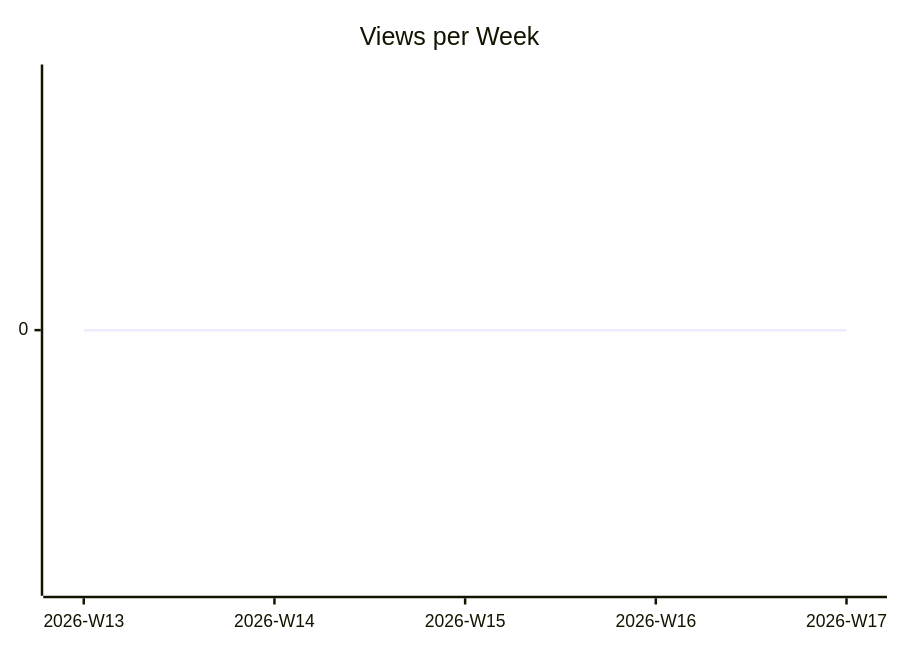
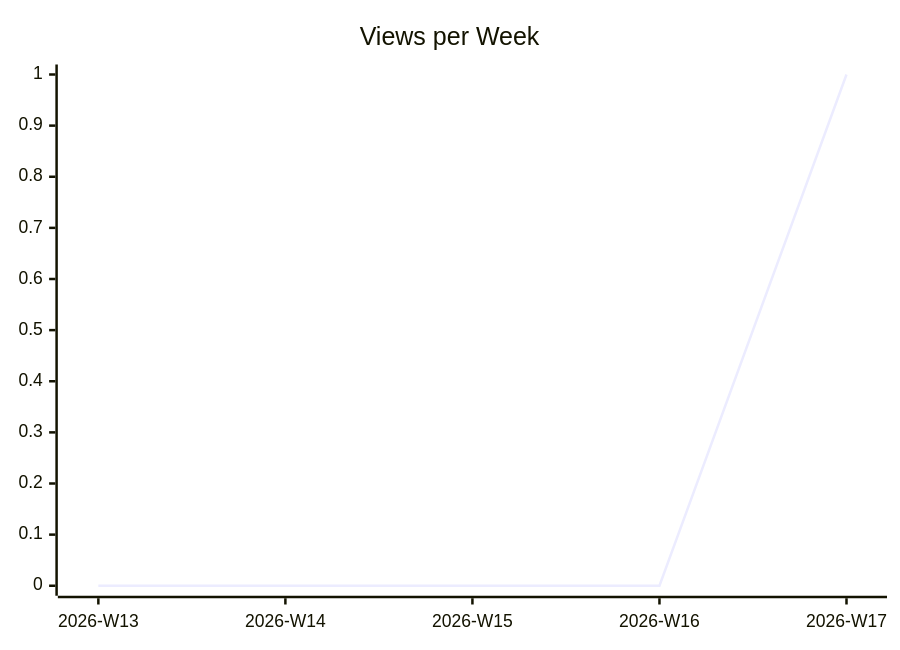
The second of 3 diagrams in karlmdavis/ansible-role-rcm-dotfiles/README.md (justdavis-family/github-analytics-data), drawn with Mermaid before and after one commit. The commit also changed other lines of this file and 198 other files, not shown here.

````diff
--- a/karlmdavis/ansible-role-rcm-dotfiles/README.md
+++ b/karlmdavis/ansible-role-rcm-dotfiles/README.md
@@ -12,6 +12,6 @@
 ```mermaid
 xychart-beta
   title "Views per Week"
   x-axis ["2026-W13", "2026-W14", "2026-W15", "2026-W16", "2026-W17"]
-  line [0, 0, 0, 0, 0]
+  line [0, 0, 0, 0, 1]
 ```
````
